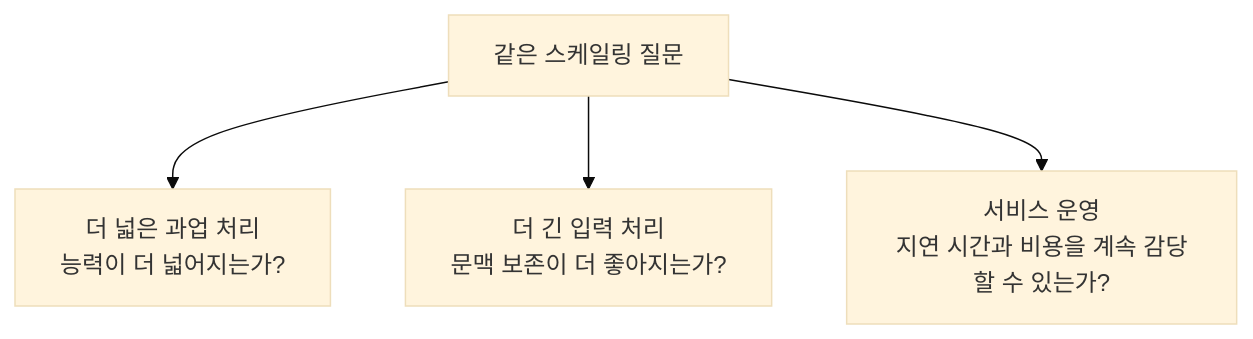
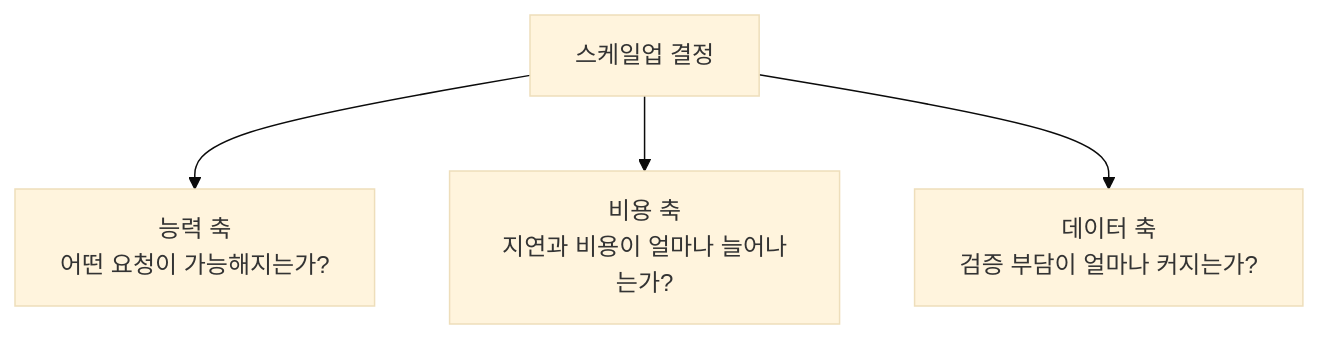
The diagram in docs/assets/part-06/chapter-06/p6-c06-s02-diagram-02-ko.mmd (devchan64/AiBook), drawn with Mermaid (base theme) before and after one commit. The commit also changed 23 other files, not shown here.

Commit message:
Add mode and scale graph examples

```diff
--- a/docs/assets/part-06/chapter-06/p6-c06-s02-diagram-02-ko.mmd
+++ b/docs/assets/part-06/chapter-06/p6-c06-s02-diagram-02-ko.mmd
@@ -1,9 +1,9 @@
 flowchart TD
-  A["같은 스케일링 질문"]
-  B["더 넓은 과업 처리<br/>능력이 더 넓어지는가?"]
-  C["더 긴 입력 처리<br/>문맥 보존이 더 좋아지는가?"]
-  D["서비스 운영<br/>지연 시간과 비용을 계속 감당할 수 있는가?"]
+  A["스케일업 결정"]
+  B["능력 축<br/>어떤 요청이 가능해지는가?"]
+  C["비용 축<br/>지연과 비용이 얼마나 늘어나는가?"]
+  D["데이터 축<br/>검증 부담이 얼마나 커지는가?"]
 
   A --> B
   A --> C
   A --> D
```
